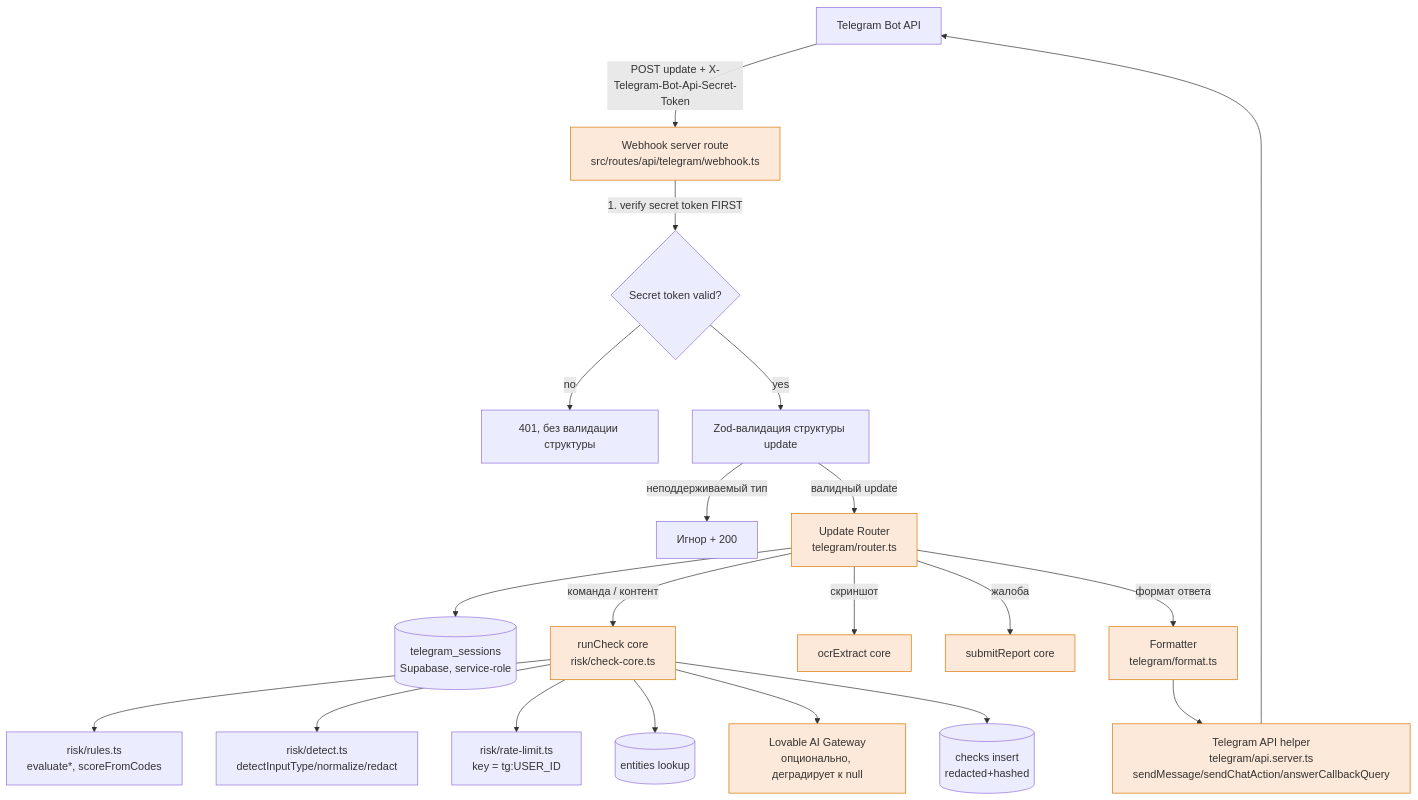
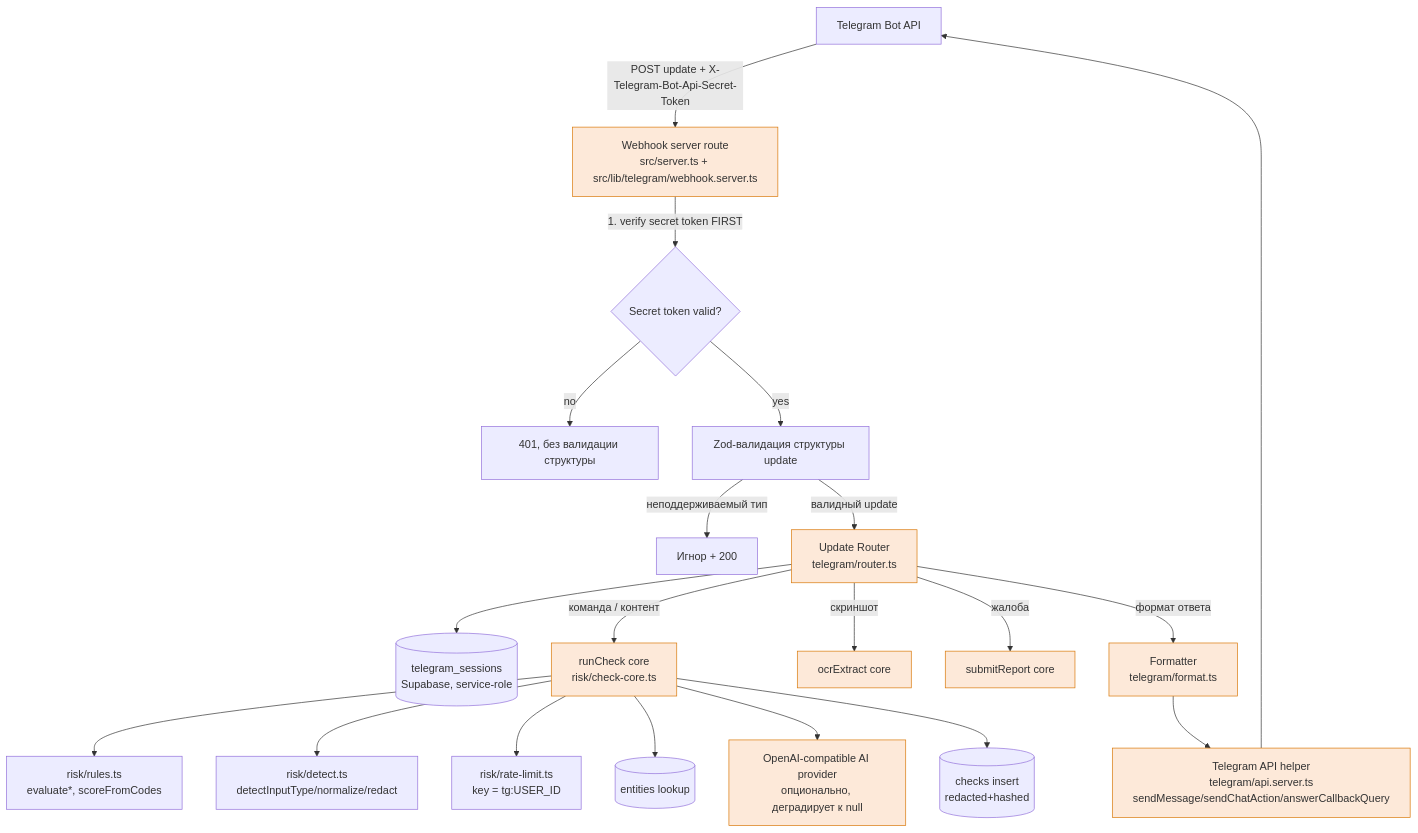
Before and after one commit to Web-pixel-creator/Scam-guard-Main: the first of 4 diagrams in .kiro/specs/telegram-bot-mvp/design.md, drawn with Mermaid. The commit also changed other lines of this file and 24 other files, not shown here.

````diff
--- a/.kiro/specs/telegram-bot-mvp/design.md
+++ b/.kiro/specs/telegram-bot-mvp/design.md
@@ -41,28 +46,28 @@
 ```mermaid
 graph TD
-    TG[Telegram Bot API] -->|POST update + X-Telegram-Bot-Api-Secret-Token| WH[Webhook server route<br/>src/routes/api/telegram/webhook.ts]
+    TG[Telegram Bot API] -->|POST update + X-Telegram-Bot-Api-Secret-Token| WH[Webhook server route<br/>src/server.ts + src/lib/telegram/webhook.server.ts]
     WH -->|1. verify secret token FIRST| AUTH{Secret token valid?}
     AUTH -->|no| R401[401, без валидации структуры]
     AUTH -->|yes| VAL[Zod-валидация структуры update]
     VAL -->|неподдерживаемый тип| IGN[Игнор + 200]
     VAL -->|валидный update| ROUTER[Update Router<br/>telegram/router.ts]
 
     ROUTER --> SESS[(telegram_sessions<br/>Supabase, service-role)]
     ROUTER -->|команда / контент| CORE[runCheck core<br/>risk/check-core.ts]
     ROUTER -->|скриншот| OCR[ocrExtract core]
     ROUTER -->|жалоба| REP[submitReport core]
     ROUTER -->|формат ответа| FMT[Formatter<br/>telegram/format.ts]
 
     CORE --> RULES[risk/rules.ts<br/>evaluate*, scoreFromCodes]
     CORE --> DETECT[risk/detect.ts<br/>detectInputType/normalize/redact]
     CORE --> RL[risk/rate-limit.ts<br/>key = tg:USER_ID]
     CORE --> ENT[(entities lookup)]
-    CORE --> AI[Lovable AI Gateway<br/>опционально, деградирует к null]
+    CORE --> AI[OpenAI-compatible AI provider<br/>опционально, деградирует к null]
     CORE --> CHK[(checks insert<br/>redacted+hashed)]
 
     FMT --> SEND[Telegram API helper<br/>telegram/api.server.ts<br/>sendMessage/sendChatAction/answerCallbackQuery]
     SEND --> TG
 
     classDef server fill:#fde9d9,stroke:#d97706;
     class WH,ROUTER,CORE,OCR,REP,FMT,SEND,AI server;
 ```
````
